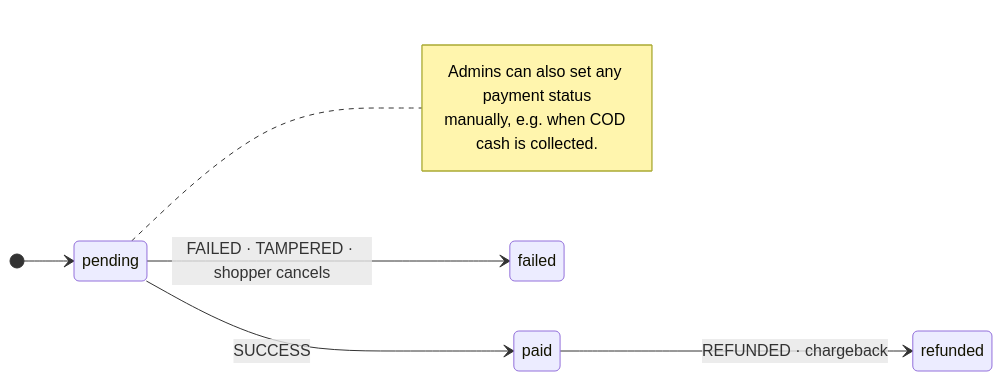
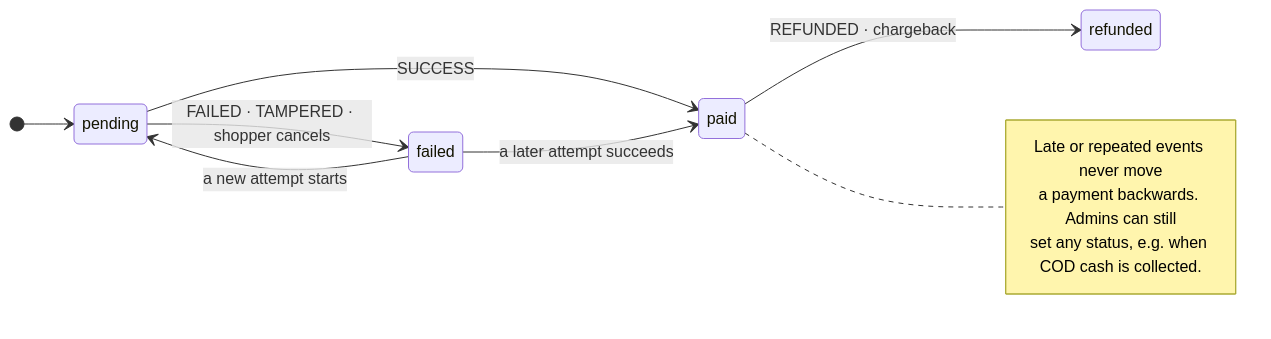
One commit to abuiron/looksmatter_bc changed the tenth of 13 diagrams in README.md. Above: the diagram before and after it, drawn with Mermaid. The commit also changed other lines of this file and 26 other files, not shown here.

````diff
--- a/README.md
+++ b/README.md
@@ -388,12 +448,15 @@
 ```mermaid
 stateDiagram-v2
     direction LR
     [*] --> pending
     pending --> paid : SUCCESS
     pending --> failed : FAILED · TAMPERED · shopper cancels
+    failed --> paid : a later attempt succeeds
+    failed --> pending : a new attempt starts
     paid --> refunded : REFUNDED · chargeback
-    note right of pending
-        Admins can also set any payment status
-        manually, e.g. when COD cash is collected.
+    note right of paid
+        Late or repeated events never move
+        a payment backwards. Admins can still
+        set any status, e.g. when COD cash is collected.
     end note
 ```
````
